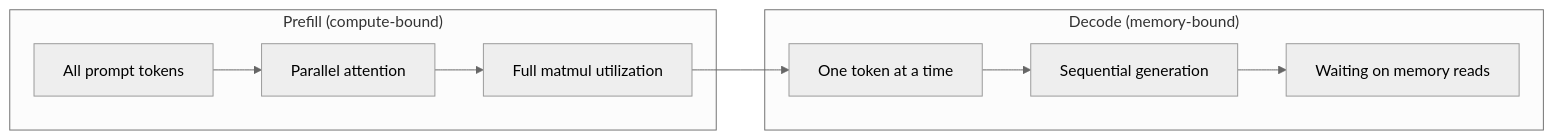
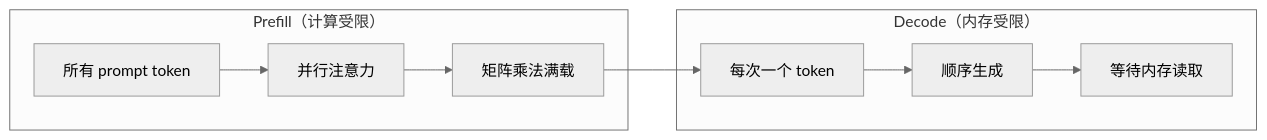
Before and after one commit to alessandrodinisio-ai/ai-engineering-learning-framework: the first of 5 diagrams in phases/10-llms-from-scratch/12-inference-optimization/docs/zh.md, drawn with Mermaid (neutral theme). The commit also changed other lines of this file and 120 other files, not shown here.

First line of the commit message:
i18n(mermaid): 337 个 mermaid 图表标签中文化

````diff
--- a/phases/10-llms-from-scratch/12-inference-optimization/docs/zh.md
+++ b/phases/10-llms-from-scratch/12-inference-optimization/docs/zh.md
@@ -37,14 +37,14 @@
 ```mermaid
 graph LR
-    subgraph "Prefill (compute-bound)"
-        P1["All prompt tokens"] --> P2["Parallel attention"]
-        P2 --> P3["Full matmul utilization"]
+    subgraph "Prefill（计算受限）"
+        P1["所有 prompt token"] --> P2["并行注意力"]
+        P2 --> P3["矩阵乘法满载"]
     end
 
-    subgraph "Decode (memory-bound)"
-        D1["One token at a time"] --> D2["Sequential generation"]
-        D2 --> D3["Waiting on memory reads"]
+    subgraph "Decode（内存受限）"
+        D1["每次一个 token"] --> D2["顺序生成"]
+        D2 --> D3["等待内存读取"]
     end
 
     P3 --> D1
 ```
````
